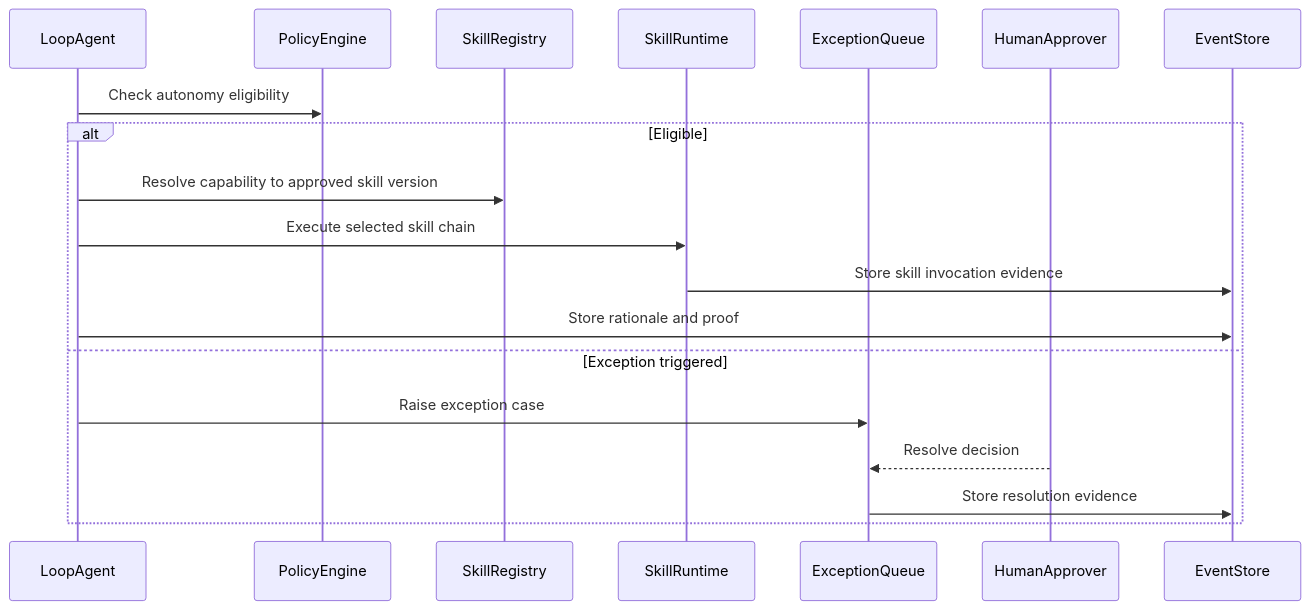
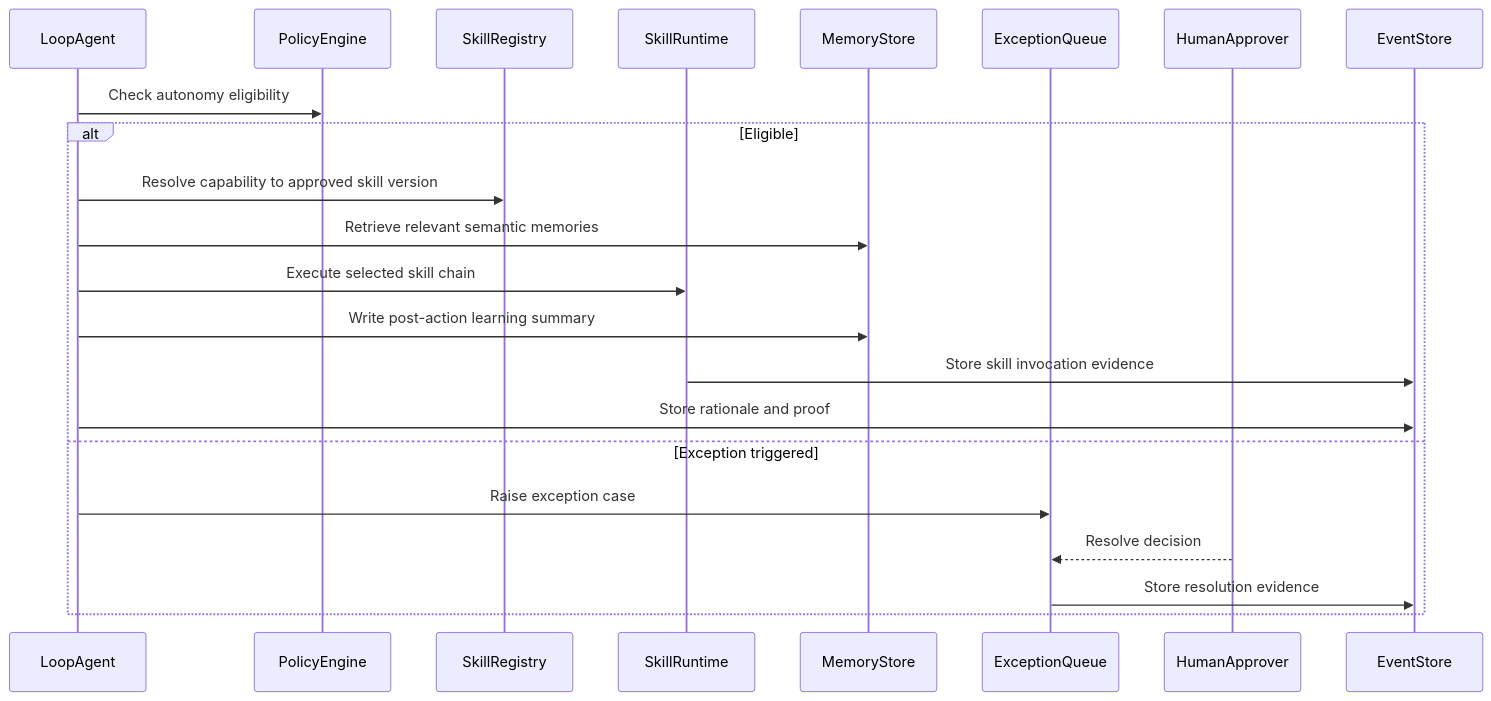
The eighth of 10 diagrams in docs/sequence-diagrams-user-journeys.md (zavora-ai/zavora-erp), drawn with Mermaid before and after one commit. The commit also changed other lines of this file and 7 other files, not shown here.

Commit message:
docs: add organization charter and agent identity registry

````diff
--- a/docs/sequence-diagrams-user-journeys.md
+++ b/docs/sequence-diagrams-user-journeys.md
@@ -206,22 +208,25 @@
 ```mermaid
 sequenceDiagram
     participant LoopAgent
     participant PolicyEngine
     participant SkillRegistry
     participant SkillRuntime
+    participant MemoryStore
     participant ExceptionQueue
     participant HumanApprover
     participant EventStore
 
     LoopAgent->>PolicyEngine: Check autonomy eligibility
     alt Eligible
         LoopAgent->>SkillRegistry: Resolve capability to approved skill version
+        LoopAgent->>MemoryStore: Retrieve relevant semantic memories
         LoopAgent->>SkillRuntime: Execute selected skill chain
+        LoopAgent->>MemoryStore: Write post-action learning summary
         SkillRuntime->>EventStore: Store skill invocation evidence
         LoopAgent->>EventStore: Store rationale and proof
     else Exception triggered
         LoopAgent->>ExceptionQueue: Raise exception case
         HumanApprover-->>ExceptionQueue: Resolve decision
         ExceptionQueue->>EventStore: Store resolution evidence
     end
 ```
````
